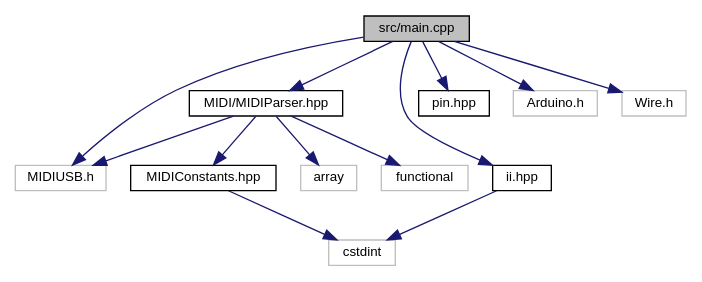
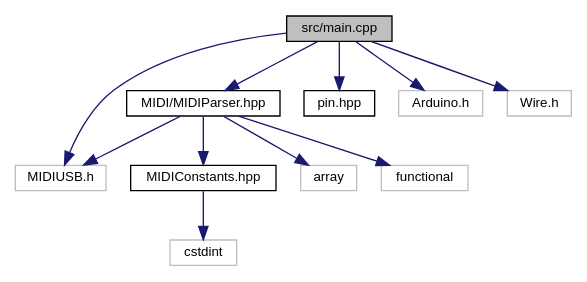
One commit to AkiyukiOkayasu/jade changed the diagram in docs/main_8cpp__incl.dot. Above: the diagram before and after it, drawn with Graphviz. The commit also changed 78 other files, not shown here.

```diff
--- a/docs/main_8cpp__incl.dot
+++ b/docs/main_8cpp__incl.dot
@@ -1,29 +1,26 @@
 digraph "src/main.cpp"
 {
  // LATEX_PDF_SIZE
   edge [fontname="Helvetica",fontsize="10",labelfontname="Helvetica",labelfontsize="10"];
   node [fontname="Helvetica",fontsize="10",shape=record];
   Node1 [label="src/main.cpp",height=0.2,width=0.4,color="black", fillcolor="grey75", style="filled", fontcolor="black",tooltip="jade main"];
   Node1 -> Node2 [color="midnightblue",fontsize="10",style="solid",fontname="Helvetica"];
   Node2 [label="MIDI/MIDIParser.hpp",height=0.2,width=0.4,color="black", fillcolor="white", style="filled",URL="$_midi_parser_8hpp.html",tooltip="USB-MIDI event parser."];
   Node2 -> Node3 [color="midnightblue",fontsize="10",style="solid",fontname="Helvetica"];
   Node3 [label="MIDIConstants.hpp",height=0.2,width=0.4,color="black", fillcolor="white", style="filled",URL="$_midi_constants_8hpp.html",tooltip="Constants about MIDI."];
   Node3 -> Node4 [color="midnightblue",fontsize="10",style="solid",fontname="Helvetica"];
   Node4 [label="cstdint",height=0.2,width=0.4,color="grey75", fillcolor="white", style="filled",tooltip=" "];
   Node2 -> Node5 [color="midnightblue",fontsize="10",style="solid",fontname="Helvetica"];
   Node5 [label="MIDIUSB.h",height=0.2,width=0.4,color="grey75", fillcolor="white", style="filled",tooltip=" "];
   Node2 -> Node6 [color="midnightblue",fontsize="10",style="solid",fontname="Helvetica"];
   Node6 [label="array",height=0.2,width=0.4,color="grey75", fillcolor="white", style="filled",tooltip=" "];
   Node2 -> Node7 [color="midnightblue",fontsize="10",style="solid",fontname="Helvetica"];
   Node7 [label="functional",height=0.2,width=0.4,color="grey75", fillcolor="white", style="filled",tooltip=" "];
   Node1 -> Node5 [color="midnightblue",fontsize="10",style="solid",fontname="Helvetica"];
   Node1 -> Node8 [color="midnightblue",fontsize="10",style="solid",fontname="Helvetica"];
-  Node8 [label="ii.hpp",height=0.2,width=0.4,color="black", fillcolor="white", style="filled",URL="$ii_8hpp.html",tooltip="monome ii constants"];
-  Node8 -> Node4 [color="midnightblue",fontsize="10",style="solid",fontname="Helvetica"];
+  Node8 [label="pin.hpp",height=0.2,width=0.4,color="black", fillcolor="white", style="filled",URL="$pin_8hpp.html",tooltip="Constants about Seeeduino XAIO GPIO."];
   Node1 -> Node9 [color="midnightblue",fontsize="10",style="solid",fontname="Helvetica"];
-  Node9 [label="pin.hpp",height=0.2,width=0.4,color="black", fillcolor="white", style="filled",URL="$pin_8hpp.html",tooltip="Constants about Seeeduino XAIO GPIO."];
+  Node9 [label="Arduino.h",height=0.2,width=0.4,color="grey75", fillcolor="white", style="filled",tooltip=" "];
   Node1 -> Node10 [color="midnightblue",fontsize="10",style="solid",fontname="Helvetica"];
-  Node10 [label="Arduino.h",height=0.2,width=0.4,color="grey75", fillcolor="white", style="filled",tooltip=" "];
-  Node1 -> Node11 [color="midnightblue",fontsize="10",style="solid",fontname="Helvetica"];
-  Node11 [label="Wire.h",height=0.2,width=0.4,color="grey75", fillcolor="white", style="filled",tooltip=" "];
+  Node10 [label="Wire.h",height=0.2,width=0.4,color="grey75", fillcolor="white", style="filled",tooltip=" "];
 }
```
